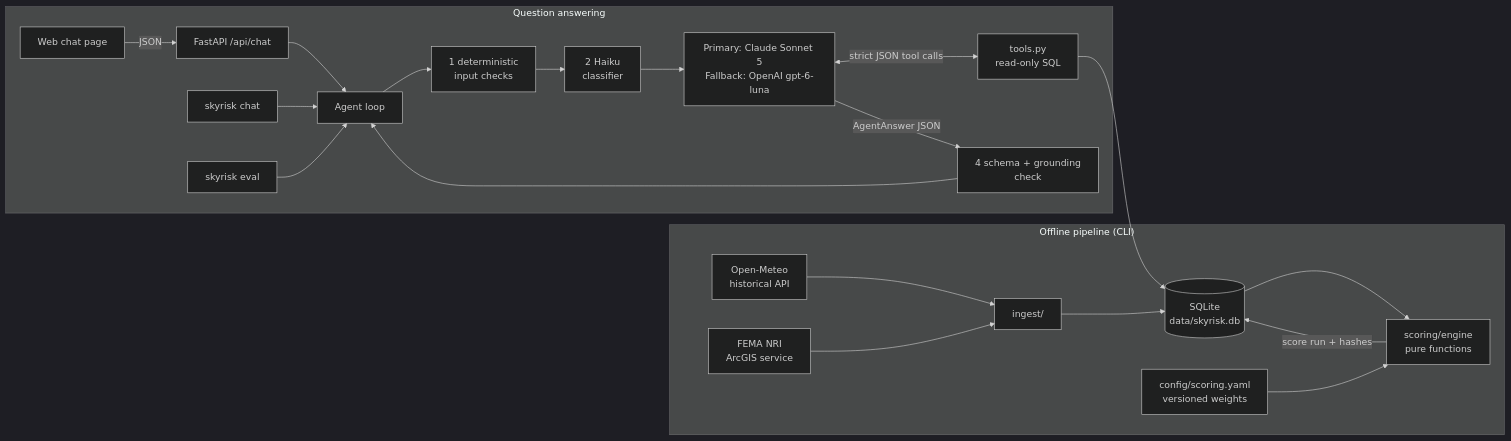
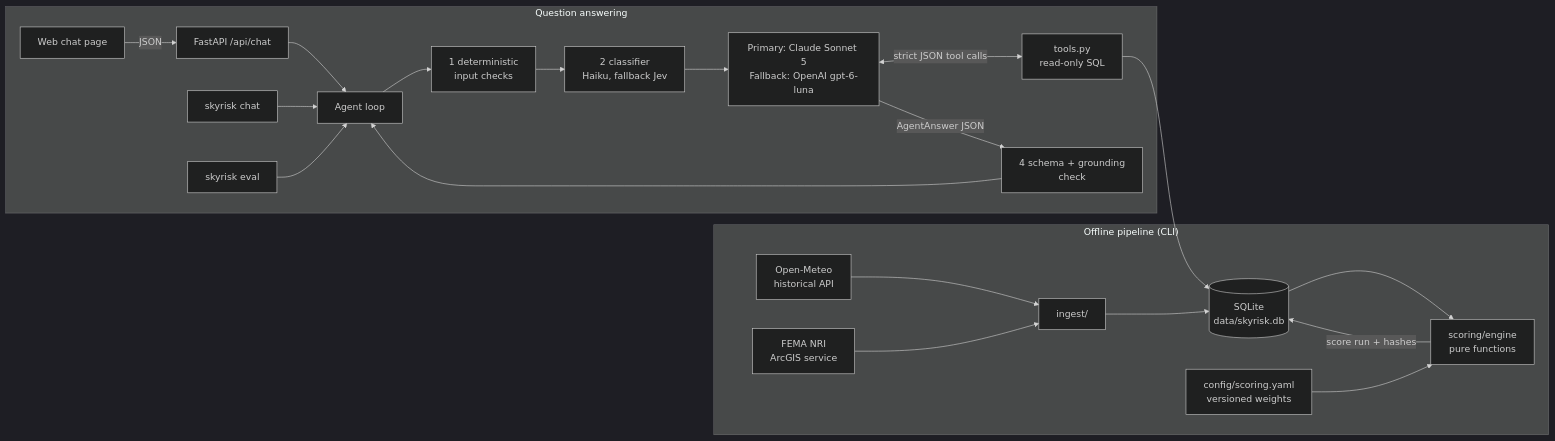
The first of 2 diagrams in docs/DESIGN.md (NoyKlar/SkyRisk), drawn with Mermaid (dark theme) before and after one commit. The commit also changed other lines of this file and 10 other files, not shown here.

````diff
--- a/docs/DESIGN.md
+++ b/docs/DESIGN.md
@@ -13,25 +13,25 @@
 ```mermaid
 flowchart LR
     subgraph Offline["Offline pipeline (CLI)"]
         OM[Open-Meteo<br/>historical API] --> ING[ingest/]
         NRI[FEMA NRI<br/>ArcGIS service] --> ING
         ING --> DB[(SQLite<br/>data/skyrisk.db)]
         DB --> ENG[scoring/engine<br/>pure functions]
         CFG[config/scoring.yaml<br/>versioned weights] --> ENG
         ENG -->|score run + hashes| DB
     end
 
     subgraph Online["Question answering"]
         UI[Web chat page] -->|JSON| API[FastAPI /api/chat]
         CLI[skyrisk chat] --> AG
         EV[skyrisk eval] --> AG
         API --> AG[Agent loop]
         AG --> G1[1 deterministic<br/>input checks]
-        G1 --> G2[2 Haiku<br/>classifier]
+        G1 --> G2[2 classifier<br/>Haiku, fallback Jev]
         G2 --> LLM[Primary: Claude Sonnet 5<br/>Fallback: OpenAI gpt-6-luna]
         LLM <-->|strict JSON tool calls| TOOLS[tools.py<br/>read-only SQL]
         TOOLS --> DB
         LLM -->|AgentAnswer JSON| G4[4 schema + grounding<br/>check]
         G4 --> AG
     end
 ```
````
